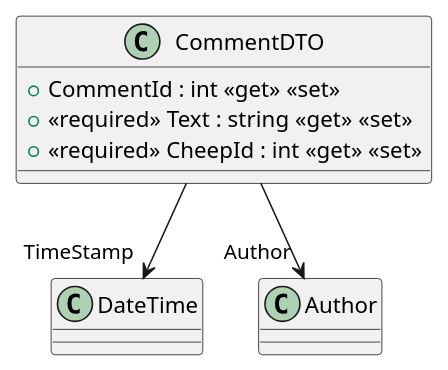
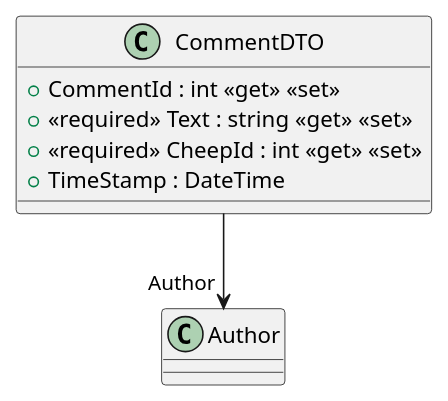
The diagram in docs/diagrams/src/Chirp.Core/DTO/CommentDTO.puml (ITU-BDSA2024-GROUP9/Chirp), drawn with PlantUML before and after one commit. The commit also changed 4 other files, not shown here.

Commit message:
created domain only diagram

```diff
--- a/docs/diagrams/src/Chirp.Core/DTO/CommentDTO.puml
+++ b/docs/diagrams/src/Chirp.Core/DTO/CommentDTO.puml
@@ -1,9 +1,9 @@
 @startuml
 class CommentDTO {
     + CommentId : int <<get>> <<set>>
     + <<required>> Text : string <<get>> <<set>>
     + <<required>> CheepId : int <<get>> <<set>>
+    + TimeStamp : DateTime
 }
-CommentDTO --> "TimeStamp" DateTime
 CommentDTO --> "Author" Author
 @enduml
```
